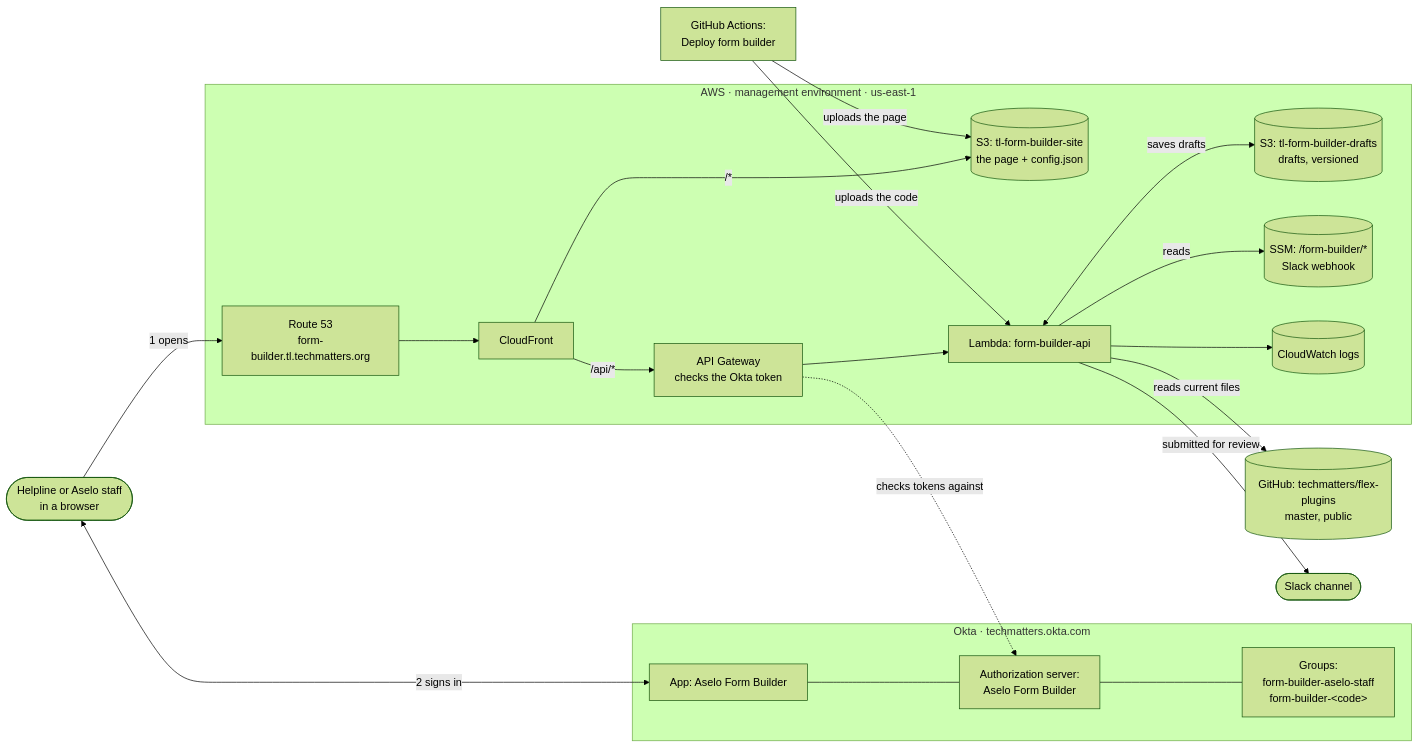
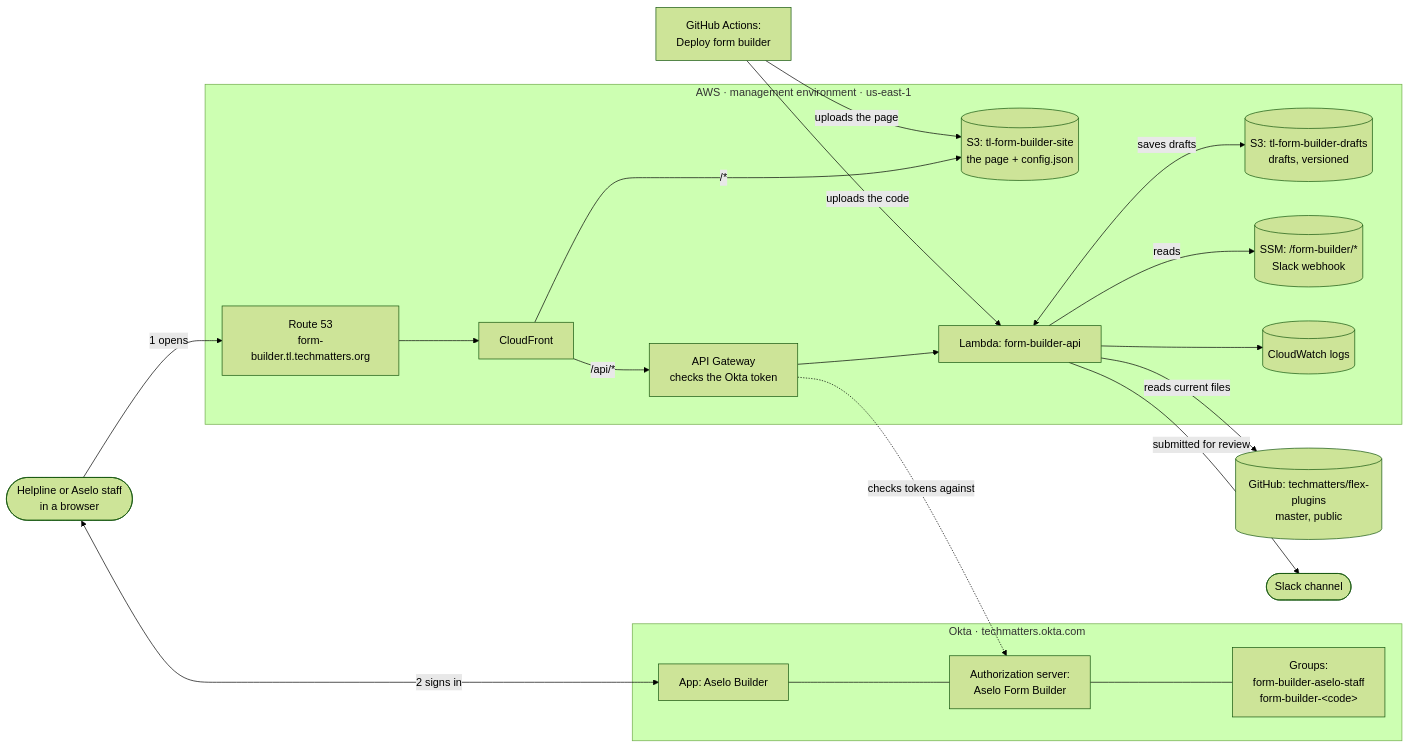
The first of 2 diagrams in form-builder/docs/architecture.md (techmatters/flex-plugins), drawn with Mermaid (forest theme) before and after one commit. The commit also changed other lines of this file and 3 other files, not shown here.

Commit message:
Aselo Builder: Okta app shows as Aselo Builder, with the logo

````diff
--- a/form-builder/docs/architecture.md
+++ b/form-builder/docs/architecture.md
@@ -19,39 +19,39 @@
 ```mermaid
 flowchart LR
   person([Helpline or Aselo staff<br/>in a browser])
 
   subgraph okta[Okta · techmatters.okta.com]
-    oktaApp[App: Aselo Form Builder]
+    oktaApp[App: Aselo Builder]
     oktaServer[Authorization server:<br/>Aselo Form Builder]
     oktaGroups[Groups:<br/>form-builder-aselo-staff<br/>form-builder-&lt;code&gt;]
   end
 
   subgraph aws[AWS · management environment · us-east-1]
     dns[Route 53<br/>form-builder.tl.techmatters.org]
     cf[CloudFront]
     site[(S3: tl-form-builder-site<br/>the page + config.json)]
     apigw[API Gateway<br/>checks the Okta token]
     lambda[Lambda: form-builder-api]
     drafts[(S3: tl-form-builder-drafts<br/>drafts, versioned)]
     ssm[(SSM: /form-builder/*<br/>Slack webhook)]
     logs[(CloudWatch logs)]
   end
 
   github[(GitHub: techmatters/flex-plugins<br/>master, public)]
   slack([Slack channel])
   actions[GitHub Actions:<br/>Deploy form builder]
 
   person -->|1 opens| dns --> cf
   cf -->|"/*"| site
   cf -->|"/api/*"| apigw --> lambda
   person <-->|2 signs in| oktaApp
   oktaApp --- oktaServer --- oktaGroups
   apigw -.->|checks tokens against| oktaServer
   lambda -->|reads current files| github
   lambda <-->|saves drafts| drafts
   lambda -->|reads| ssm
   lambda -->|submitted for review| slack
   lambda --> logs
   actions -->|uploads the page| site
   actions -->|uploads the code| lambda
 ```
````
